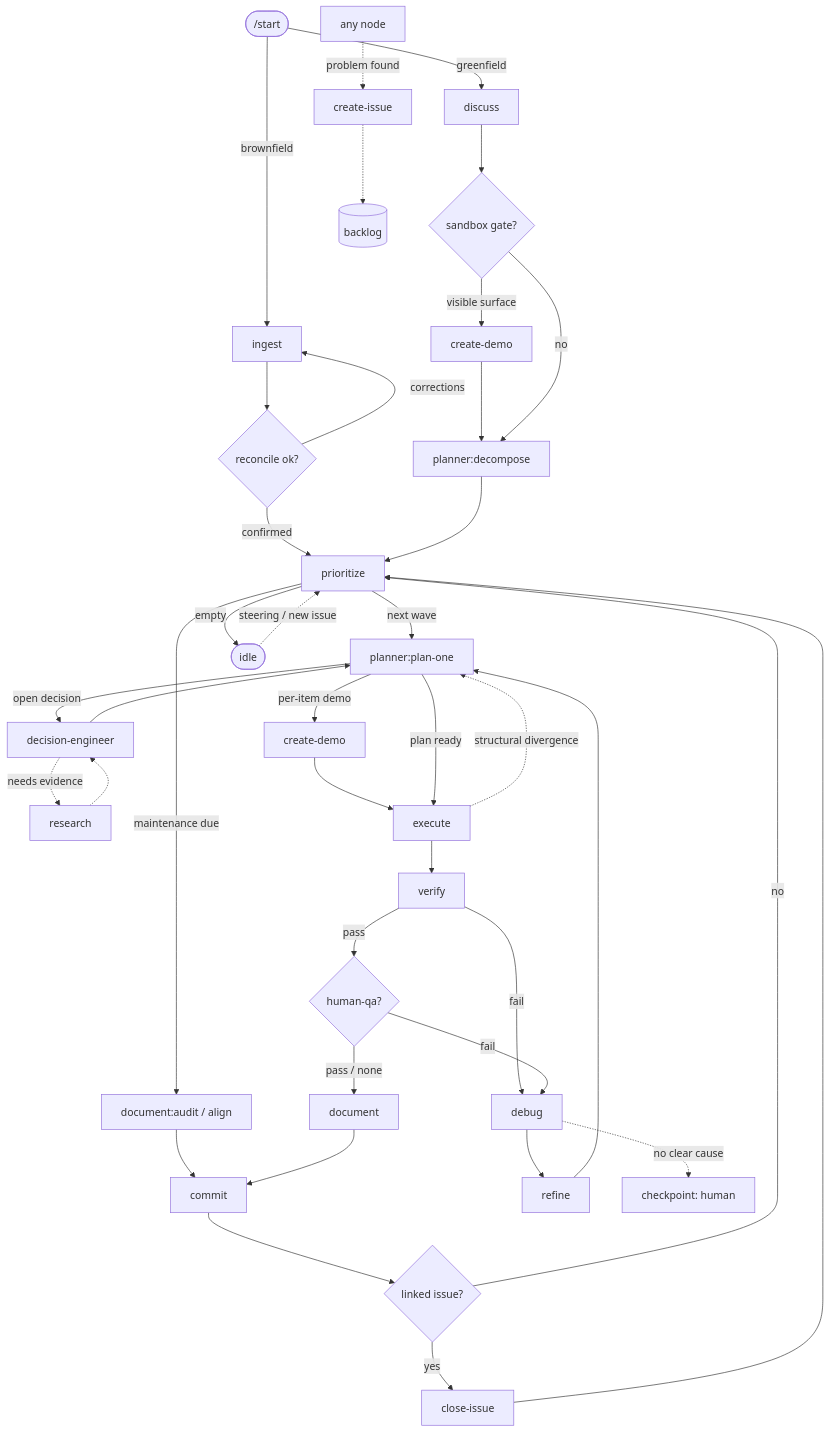
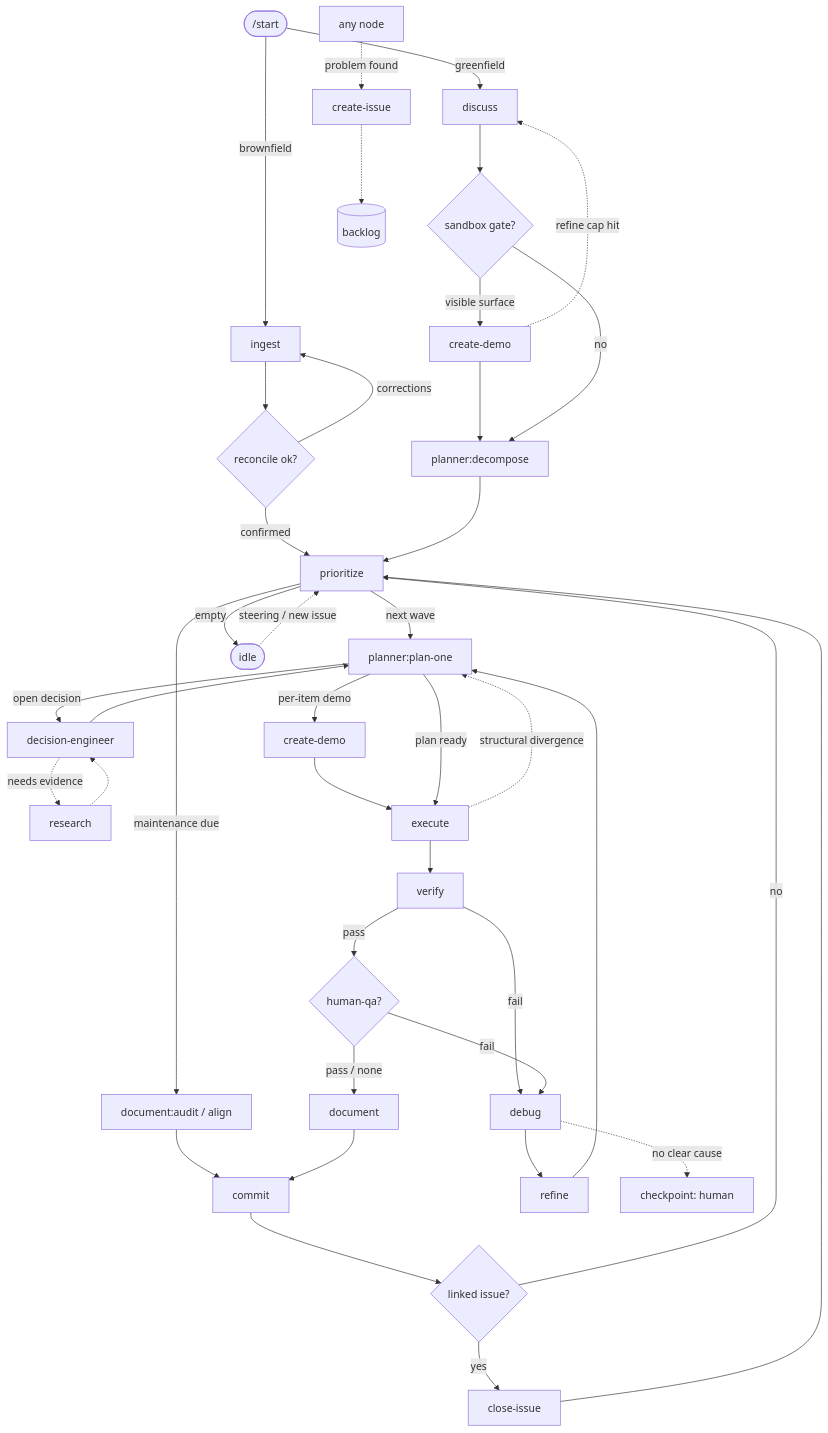
The diagram in product/templates/loop.md (guyomer1345/reeve), drawn with Mermaid before and after one commit. The commit also changed other lines of this file and 14 other files, not shown here.

````diff
--- a/product/templates/loop.md
+++ b/product/templates/loop.md
@@ -109,29 +110,30 @@
 ```mermaid
 flowchart TD
   start([/start]) -->|greenfield| discuss
   start -->|brownfield| ingest --> reconcile{reconcile ok?}
   reconcile -->|confirmed| prioritize
   reconcile -->|corrections| ingest
   discuss --> demo{sandbox gate?}
   demo -->|visible surface| create-demo --> dec[planner:decompose]
   demo -->|no| dec
+  create-demo -.refine cap hit.-> discuss
   dec --> prioritize
   prioritize -->|next wave| plan[planner:plan-one]
   prioritize -->|maintenance due| maint[document:audit / align] --> commit
   prioritize -->|empty| idle([idle])
   idle -.steering / new issue.-> prioritize
   plan -->|open decision| decision-engineer --> plan
   decision-engineer -.needs evidence.-> research -.-> decision-engineer
   plan -->|per-item demo| pdemo[create-demo] --> execute
   plan -->|plan ready| execute --> verify
   execute -.structural divergence.-> plan
   verify -->|pass| qa{human-qa?}
   verify -->|fail| debug --> refine --> plan
   debug -.no clear cause.-> hcp[checkpoint: human]
   qa -->|pass / none| document
   qa -->|fail| debug
   document --> commit --> close{linked issue?}
   close -->|yes| close-issue --> prioritize
   close -->|no| prioritize
   any[any node] -.problem found.-> create-issue -.-> backlog[(backlog)]
 ```
````
